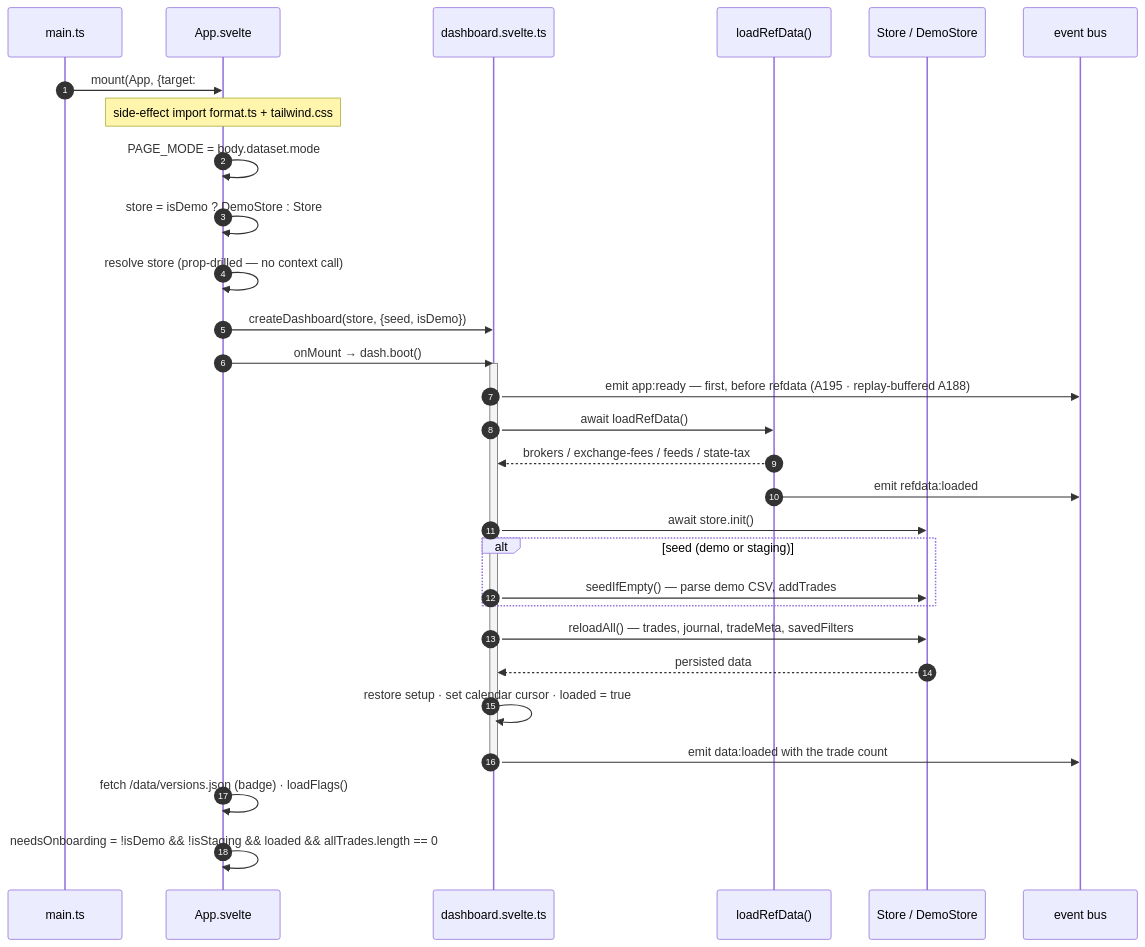
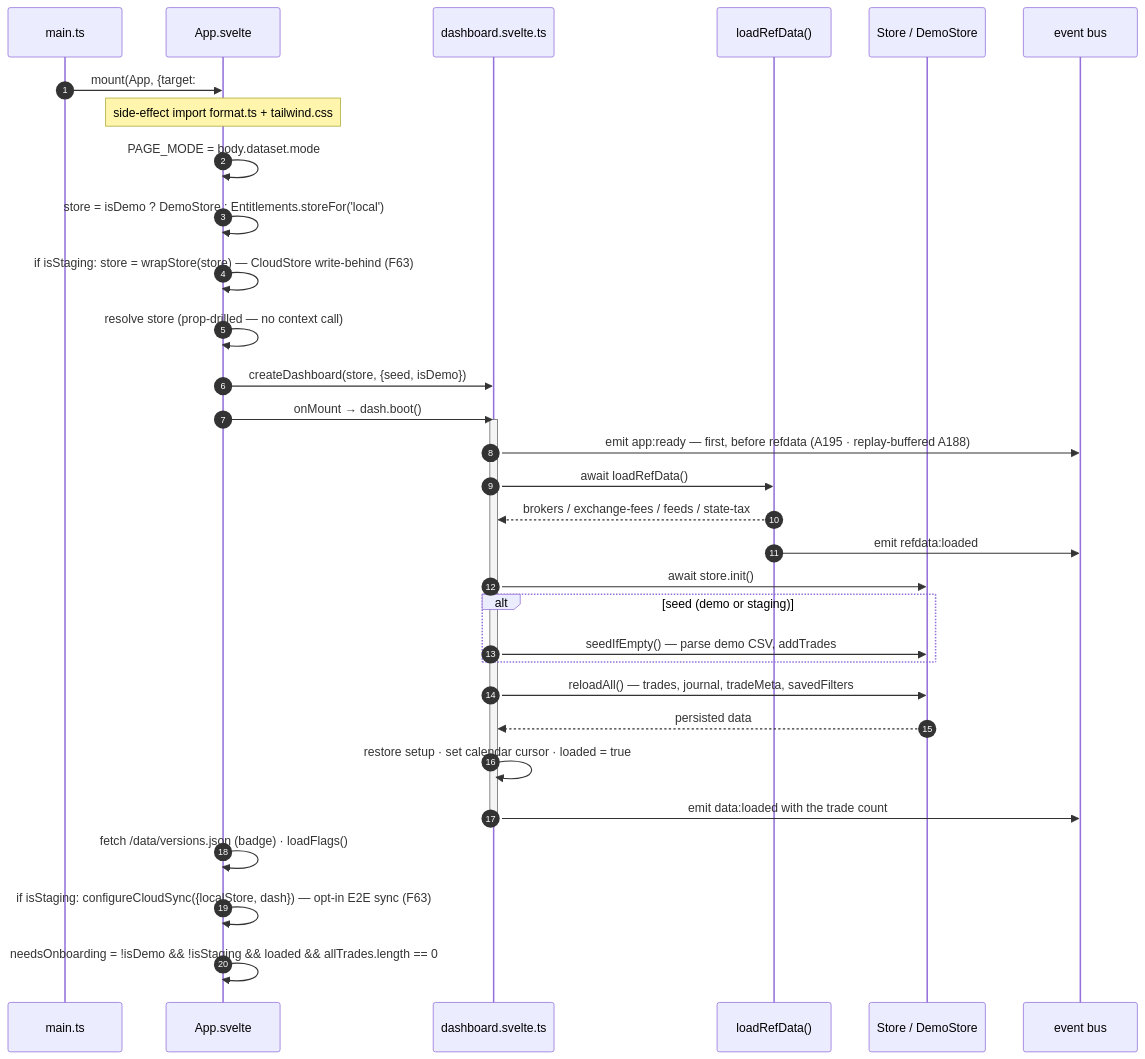
The diagram in docs/architecture-diagrams/boot-and-lifecycle.md (mitchGuthrieDev/blotterbook), drawn with Mermaid before and after one commit. The commit also changed other lines of this file and 51 other files, not shown here.

First line of the commit message:
feat: named workspaces + end-to-end-encrypted cloud sync (A132, F58–F63) (#119)

````diff
--- a/docs/architecture-diagrams/boot-and-lifecycle.md
+++ b/docs/architecture-diagrams/boot-and-lifecycle.md
@@ -11,34 +11,36 @@
 ```mermaid
 sequenceDiagram
     autonumber
     participant M as main.ts
     participant App as App.svelte
     participant Dash as dashboard.svelte.ts
     participant Ref as loadRefData()
     participant Store as Store / DemoStore
     participant Bus as event bus
 
     M->>App: mount(App, {target: #app})
     Note over App: side-effect import format.ts + tailwind.css
     App->>App: PAGE_MODE = body.dataset.mode
-    App->>App: store = isDemo ? DemoStore : Store
+    App->>App: store = isDemo ? DemoStore : Entitlements.storeFor('local')
+    App->>App: if isStaging: store = wrapStore(store) — CloudStore write-behind (F63)
     App->>App: resolve store (prop-drilled — no context call)
     App->>Dash: createDashboard(store, {seed, isDemo})
     App->>Dash: onMount → dash.boot()
     activate Dash
     Dash->>Bus: emit app:ready — first, before refdata (A195 · replay-buffered A188)
     Dash->>Ref: await loadRefData()
     Ref-->>Dash: brokers / exchange-fees / feeds / state-tax
     Ref->>Bus: emit refdata:loaded
     Dash->>Store: await store.init()
     alt seed (demo or staging)
         Dash->>Store: seedIfEmpty() — parse demo CSV, addTrades
     end
     Dash->>Store: reloadAll() — trades, journal, tradeMeta, savedFilters
     Store-->>Dash: persisted data
     Dash->>Dash: restore setup · set calendar cursor · loaded = true
     Dash->>Bus: emit data:loaded with the trade count
     deactivate Dash
     App->>App: fetch /data/versions.json (badge) · loadFlags()
+    App->>App: if isStaging: configureCloudSync({localStore, dash}) — opt-in E2E sync (F63)
     App->>App: needsOnboarding = !isDemo && !isStaging && loaded && allTrades.length == 0
 ```
````
